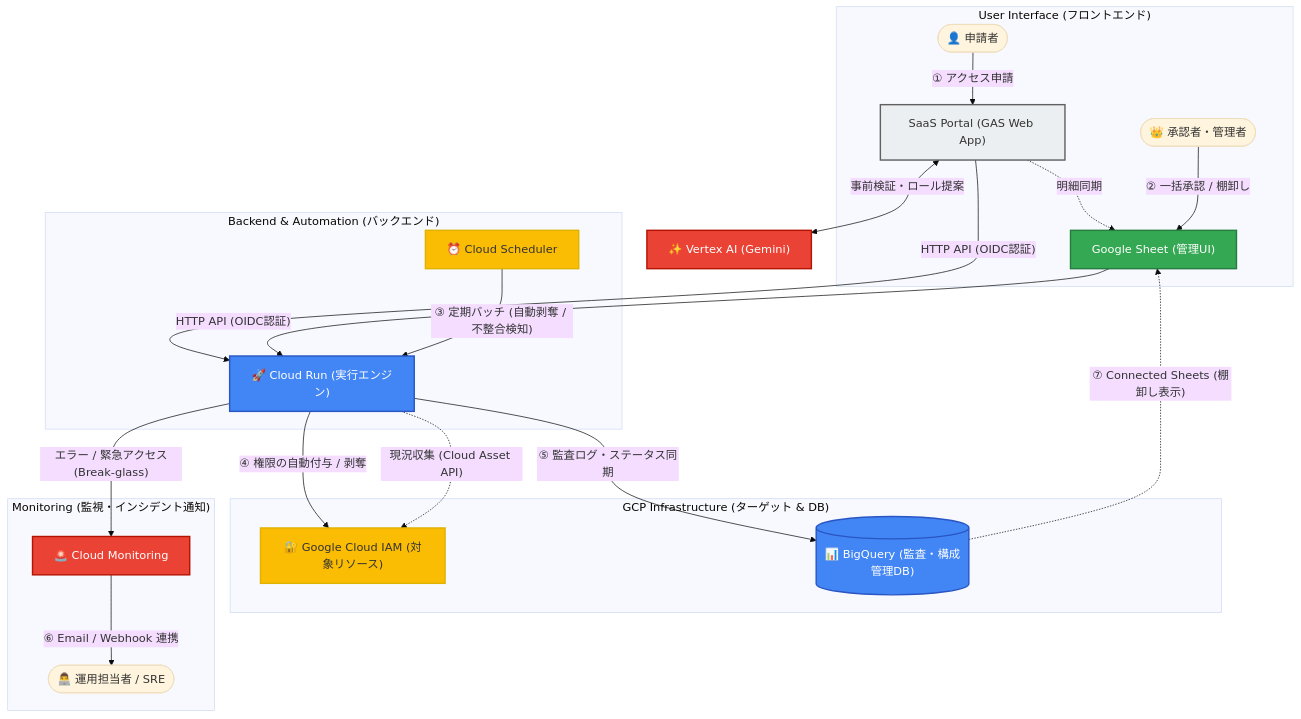
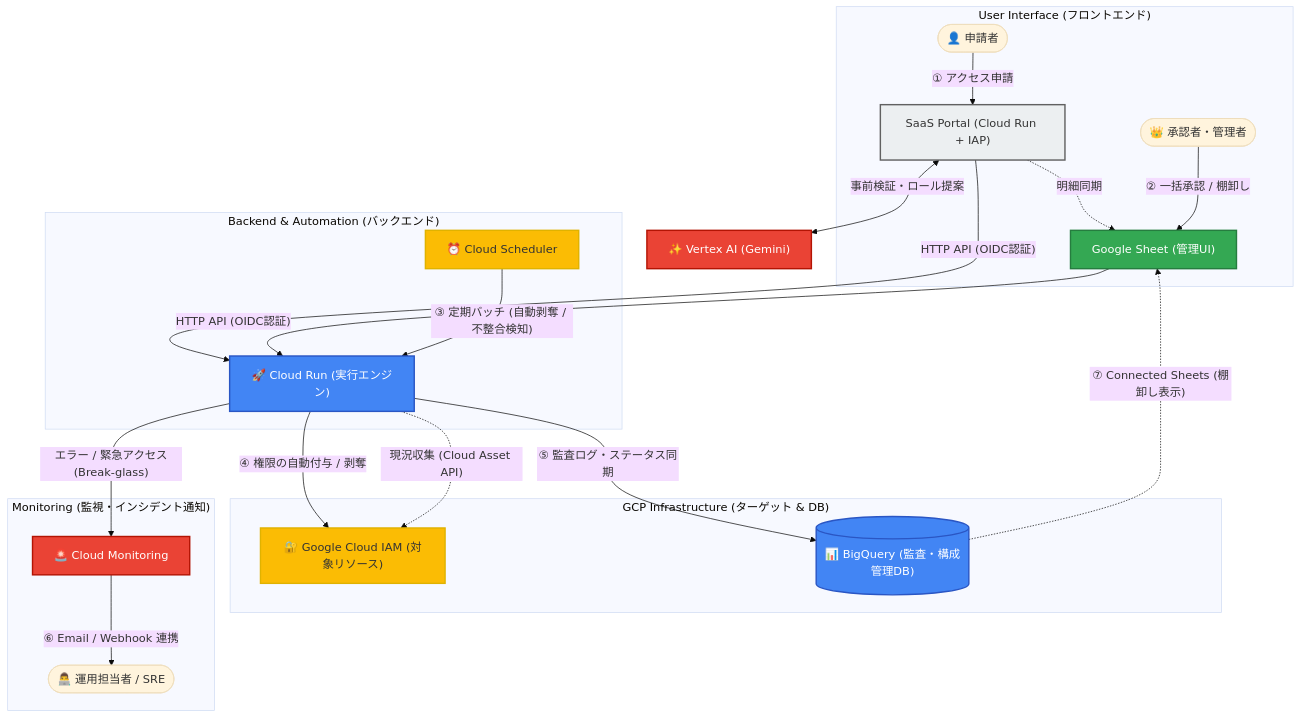
One commit to ea-Mitsuoka/cloud-access-manager changed the diagram in README.md. Above: the diagram before and after it, drawn with Mermaid (base theme). The commit also changed 7 other files, not shown here.

````diff
--- a/README.md
+++ b/README.md
@@ -9,61 +9,61 @@
 ```mermaid
 graph TD
     %% ユーザーインタラクション層
     subgraph UI ["User Interface (フロントエンド)"]
         Requester(["👤 申請者"])
         Approver(["👑 承認者・管理者"])
 
-        Portal["SaaS Portal (GAS Web App)"]
+        Portal["SaaS Portal (Cloud Run + IAP)"]
         Sheet["Google Sheet (管理UI)"]
 
         Requester -->|"① アクセス申請"| Portal
         Portal -.->|"明細同期"| Sheet
         Approver -->|"② 一括承認 / 棚卸し"| Sheet
     end
 
     %% AIアシスタント
     AI["✨ Vertex AI (Gemini)"]
     Portal <-->|"事前検証・ロール提案"| AI
 
     %% バックエンド層
     subgraph Backend ["Backend & Automation (バックエンド)"]
         CR["🚀 Cloud Run (実行エンジン)"]
         Scheduler["⏰ Cloud Scheduler"]
 
         Portal -- "HTTP API (OIDC認証)" --> CR
         Sheet -- "HTTP API (OIDC認証)" --> CR
         Scheduler -->|"③ 定期バッチ (自動剥奪 / 不整合検知)"| CR
     end
 
     %% インフラ・データ層
     subgraph Infrastructure ["GCP Infrastructure (ターゲット & DB)"]
         IAM["🔐 Google Cloud IAM (対象リソース)"]
         BQ[("📊 BigQuery (監査・構成管理DB)")]
 
         CR -->|"④ 権限の自動付与 / 剥奪"| IAM
         CR -->|"⑤ 監査ログ・ステータス同期"| BQ
         CR -.->|"現況収集 (Cloud Asset API)"| IAM
     end
 
     %% 監視・アラート層
     subgraph Observability ["Monitoring (監視・インシデント通知)"]
         Monitor["🚨 Cloud Monitoring"]
         Admin(["👨‍💻 運用担当者 / SRE"])
 
         CR -- "エラー / 緊急アクセス(Break-glass)" --> Monitor
         Monitor -->|"⑥ Email / Webhook 連携"| Admin
     end
 
     %% データ可視化
     BQ -.->|"⑦ Connected Sheets (棚卸し表示)"| Sheet
 
     %% スタイル定義
     style Portal fill:#ECEFF1,stroke:#616161,stroke-width:2px
     style Sheet fill:#34A853,stroke:#267d3f,stroke-width:2px,color:#fff
     style CR fill:#4285F4,stroke:#2a56c4,stroke-width:2px,color:#fff
     style BQ fill:#4285F4,stroke:#2a56c4,stroke-width:2px,color:#fff
     style IAM fill:#FBBC04,stroke:#e0b200,stroke-width:2px
     style Scheduler fill:#FBBC04,stroke:#e0b200,stroke-width:2px
     style Monitor fill:#EA4335,stroke:#b31404,stroke-width:2px,color:#fff
     style AI fill:#EA4335,stroke:#b31404,stroke-width:2px,color:#fff
 ```
````
